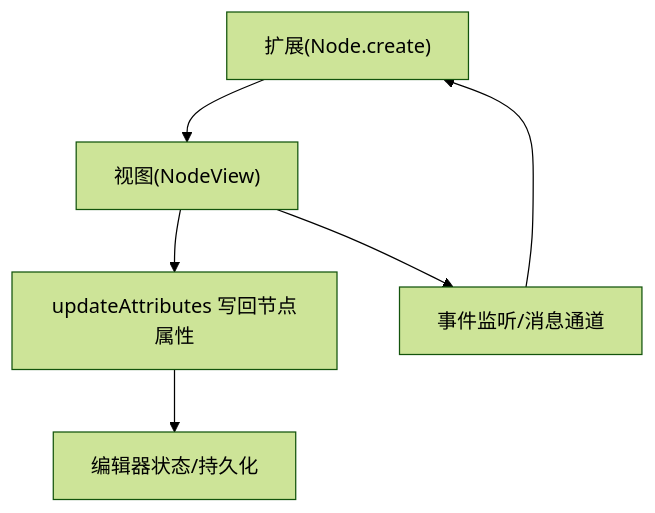
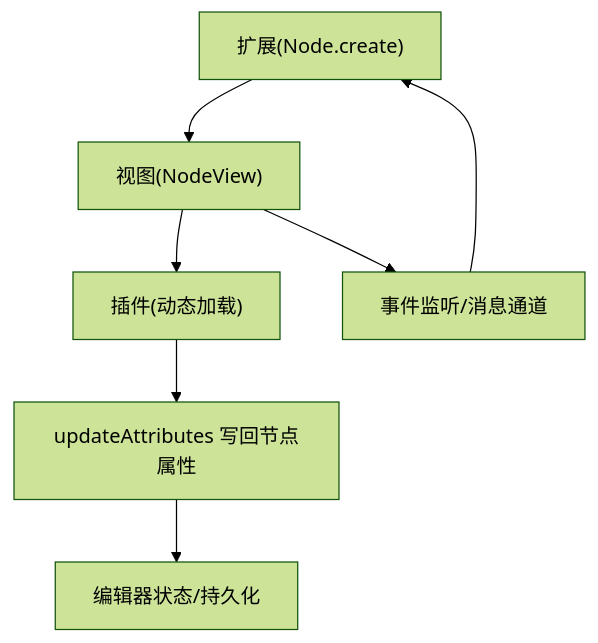
The second of 4 diagrams in .qoder/repowiki/zh/content/功能模块/绘图插件/绘图插件.md (LRF0422/Kotion), drawn with Mermaid (forest theme) before and after one commit. The commit also changed other lines of this file and 34 other files, not shown here.

````diff
--- a/.qoder/repowiki/zh/content/功能模块/绘图插件/绘图插件.md
+++ b/.qoder/repowiki/zh/content/功能模块/绘图插件/绘图插件.md
@@ -144,8 +137,9 @@
 ```mermaid
 graph TB
 Ext["扩展(Node.create)"] --> View["视图(NodeView)"]
-View --> Attr["updateAttributes 写回节点属性"]
+View --> Plugins["插件(动态加载)"]
+Plugins --> Attr["updateAttributes 写回节点属性"]
 Attr --> Store["编辑器状态/持久化"]
 View --> Events["事件监听/消息通道"]
 Events --> Ext
 ```
````
